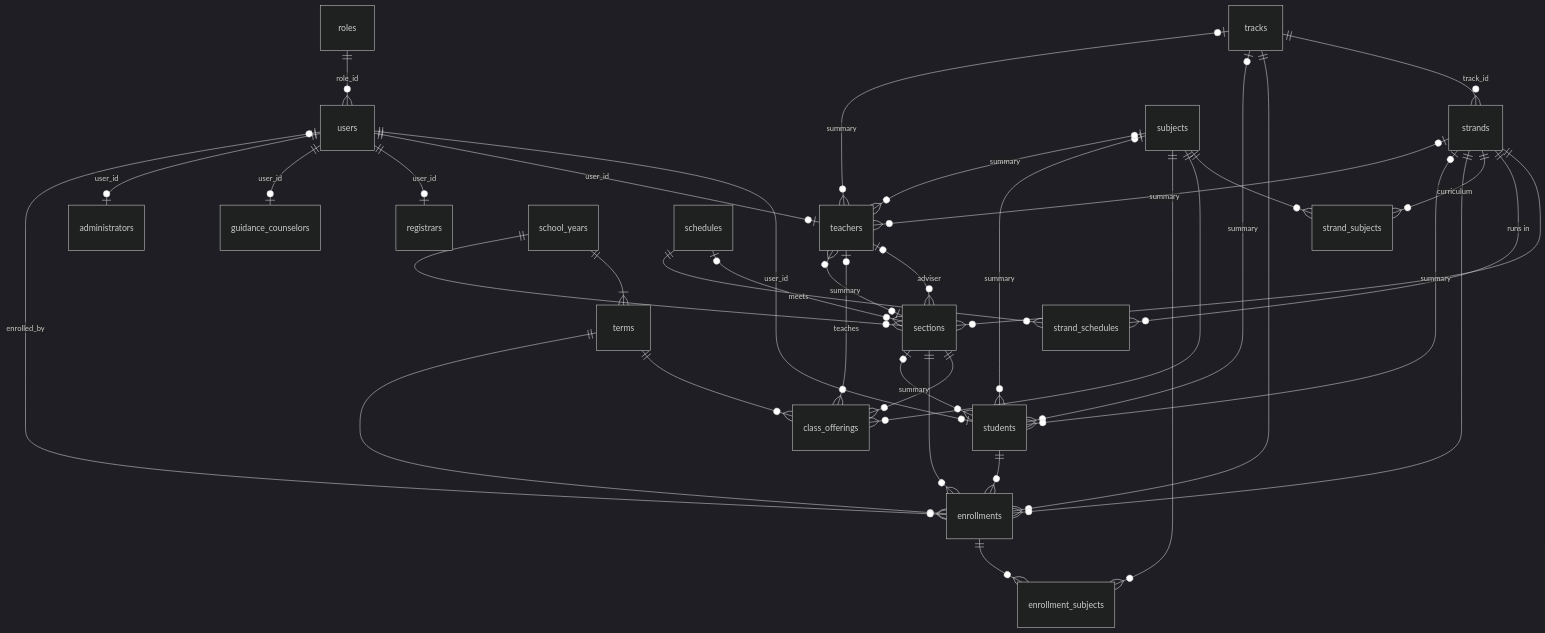
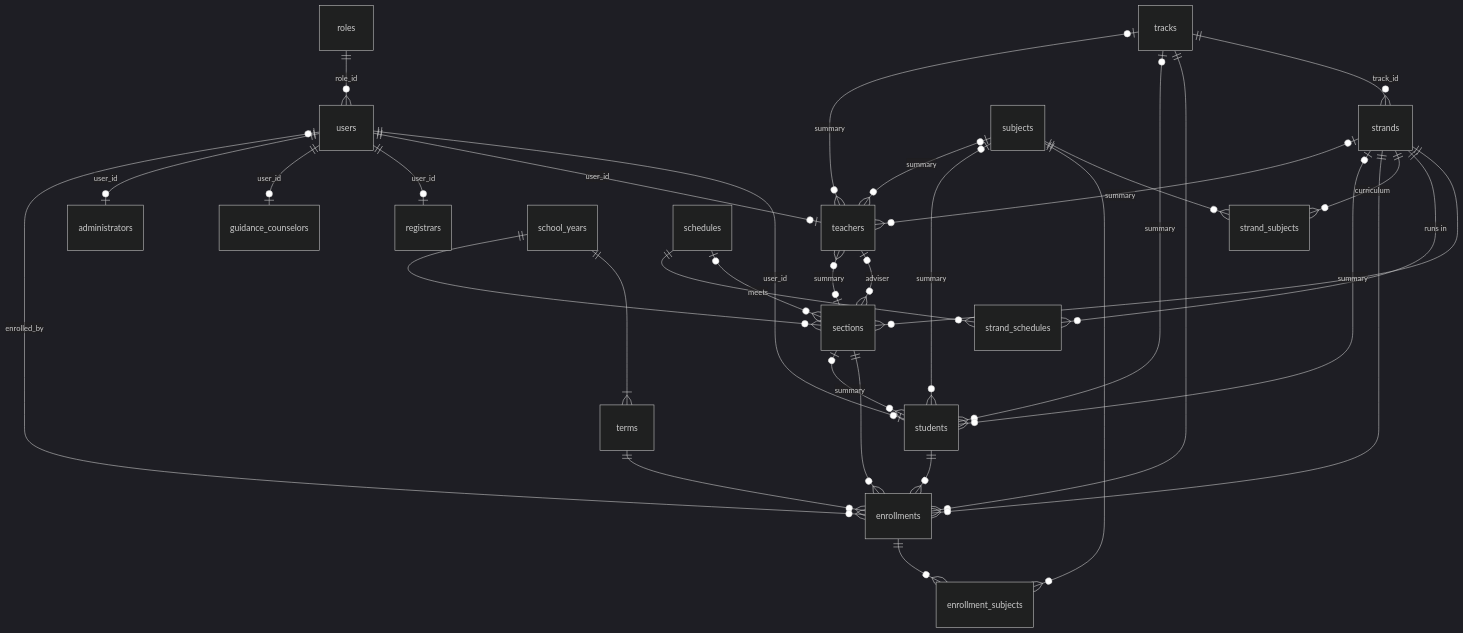
Before and after one commit to Vargasjecco18/SEAITTLMS: the diagram in docs/database.md, drawn with Mermaid (dark theme). The commit also changed other lines of this file and 49 other files, not shown here.

````diff
--- a/docs/database.md
+++ b/docs/database.md
@@ -30,43 +29,38 @@
 ```mermaid
 erDiagram
     roles ||--o{ users : "role_id"
     users ||--o| students : "user_id"
     users ||--o| teachers : "user_id"
     users ||--o| registrars : "user_id"
     users ||--o| guidance_counselors : "user_id"
     users ||--o| administrators : "user_id"
 
     school_years ||--|{ terms : ""
     school_years ||--o{ sections : ""
     tracks ||--o{ strands : "track_id"
     strands ||--o{ sections : ""
     schedules |o--o{ sections : "meets"
     strands ||--o{ strand_schedules : "runs in"
     schedules ||--o{ strand_schedules : ""
     strands ||--o{ strand_subjects : "curriculum"
     subjects ||--o{ strand_subjects : ""
     teachers |o--o{ sections : "adviser"
 
-    terms ||--o{ class_offerings : ""
-    sections ||--o{ class_offerings : ""
-    subjects ||--o{ class_offerings : ""
-    teachers |o--o{ class_offerings : "teaches"
-
     terms ||--o{ enrollments : ""
     sections ||--o{ enrollments : ""
     students ||--o{ enrollments : ""
     users |o--o{ enrollments : "enrolled_by"
     tracks ||--o{ enrollments : ""
     strands ||--o{ enrollments : ""
     enrollments ||--o{ enrollment_subjects : ""
     subjects ||--o{ enrollment_subjects : ""
 
     tracks |o--o{ students : "summary"
     strands |o--o{ students : "summary"
     subjects |o--o{ students : "summary"
     sections |o--o{ students : "summary"
     tracks |o--o{ teachers : "summary"
     strands |o--o{ teachers : "summary"
     subjects |o--o{ teachers : "summary"
     sections |o--o{ teachers : "summary"
 ```
````
